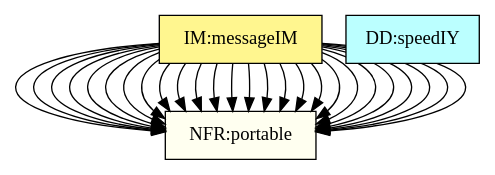
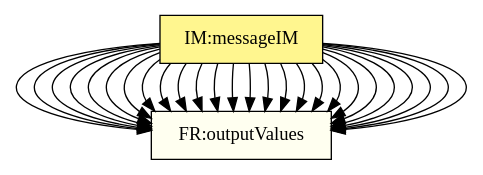
The diagram in code/stable/projectile/TraceyGraph/avsall.dot (JacquesCarette/Drasil), drawn with Graphviz before and after one commit. The commit also changed 88 other files, not shown here.

Commit message:
Stabilizing to figure out where things are going awry

```diff
--- a/code/stable/projectile/TraceyGraph/avsall.dot
+++ b/code/stable/projectile/TraceyGraph/avsall.dot
@@ -1,104 +1,80 @@
 digraph avsall {
 	theory:projSpeed -> instance:pointMass;
 	theory:projSpeed -> instance:timeStartZero;
 	theory:projPos -> instance:pointMass;
 	theory:projPos -> instance:timeStartZero;
 	theory:velocity -> instance:twoDMotion;
 	theory:velocity -> instance:cartSyst;
 	theory:velocity -> instance:constAccel;
 	theory:velocity -> instance:timeStartZero;
 	theory:position -> instance:twoDMotion;
 	theory:position -> instance:cartSyst;
 	theory:position -> instance:constAccel;
 	theory:position -> instance:timeStartZero;
 	theory:flightduration -> instance:yAxisGravity;
 	theory:flightduration -> instance:launchOrigin;
 	theory:flightduration -> instance:targetXAxis;
 	theory:flightduration -> instance:posXDirection;
 	theory:flightduration -> instance:accelYGravity;
 	theory:flightduration -> instance:timeStartZero;
 	theory:flightduration -> instance:gravAccelValue;
 	theory:landingposition -> instance:yAxisGravity;
 	theory:landingposition -> instance:launchOrigin;
 	theory:landingposition -> instance:posXDirection;
 	theory:landingposition -> instance:accelXZero;
 	theory:landingposition -> instance:gravAccelValue;
 	theory:offset -> instance:posXDirection;
 	theory:outputMessage -> instance:posXDirection;
 
 
 	instance:twoDMotion	[shape=box, color=black, style=filled, fillcolor=mistyrose, label="A:twoDMotion"];
 	instance:cartSyst	[shape=box, color=black, style=filled, fillcolor=mistyrose, label="A:cartSyst"];
 	instance:yAxisGravity	[shape=box, color=black, style=filled, fillcolor=mistyrose, label="A:yAxisGravity"];
 	instance:launchOrigin	[shape=box, color=black, style=filled, fillcolor=mistyrose, label="A:launchOrigin"];
 	instance:targetXAxis	[shape=box, color=black, style=filled, fillcolor=mistyrose, label="A:targetXAxis"];
 	instance:posXDirection	[shape=box, color=black, style=filled, fillcolor=mistyrose, label="A:posXDirection"];
 	instance:constAccel	[shape=box, color=black, style=filled, fillcolor=mistyrose, label="A:constAccel"];
 	instance:accelXZero	[shape=box, color=black, style=filled, fillcolor=mistyrose, label="A:accelXZero"];
 	instance:accelYGravity	[shape=box, color=black, style=filled, fillcolor=mistyrose, label="A:accelYGravity"];
 	instance:neglectDrag	[shape=box, color=black, style=filled, fillcolor=mistyrose, label="A:neglectDrag"];
 	instance:pointMass	[shape=box, color=black, style=filled, fillcolor=mistyrose, label="A:pointMass"];
 	instance:freeFlight	[shape=box, color=black, style=filled, fillcolor=mistyrose, label="A:freeFlight"];
 	instance:neglectCurv	[shape=box, color=black, style=filled, fillcolor=mistyrose, label="A:neglectCurv"];
 	instance:timeStartZero	[shape=box, color=black, style=filled, fillcolor=mistyrose, label="A:timeStartZero"];
 	instance:gravAccelValue	[shape=box, color=black, style=filled, fillcolor=mistyrose, label="A:gravAccelValue"];
 
 	subgraph A {
 	rank="same"
 	{instance:twoDMotion, instance:cartSyst, instance:yAxisGravity, instance:launchOrigin, instance:targetXAxis, instance:posXDirection, instance:constAccel, instance:accelXZero, instance:accelYGravity, instance:neglectDrag, instance:pointMass, instance:freeFlight, instance:neglectCurv, instance:timeStartZero, instance:gravAccelValue}
 	}
 
-	dataDefn:speed	[shape=box, color=black, style=filled, fillcolor=paleturquoise1, label="DD:vecMag"];
-	dataDefn:ixVel	[shape=box, color=black, style=filled, fillcolor=paleturquoise1, label="DD:speedIX"];
-	dataDefn:iyVel	[shape=box, color=black, style=filled, fillcolor=paleturquoise1, label="DD:speedIY"];
-
-	subgraph DD {
-	rank="same"
-	{dataDefn:speed, dataDefn:ixVel, dataDefn:iyVel}
-	}
-
 	theory:accelerationTM	[shape=box, color=black, style=filled, fillcolor=pink, label="TM:acceleration"];
 	theory:velocityTM	[shape=box, color=black, style=filled, fillcolor=pink, label="TM:velocity"];
-
-	subgraph TM {
-	rank="same"
-	{theory:accelerationTM, theory:velocityTM}
-	}
-
 	theory:projSpeed	[shape=box, color=black, style=filled, fillcolor=palegreen, label="GD:rectVel"];
 	theory:projPos	[shape=box, color=black, style=filled, fillcolor=palegreen, label="GD:rectPos"];
 	theory:velocity	[shape=box, color=black, style=filled, fillcolor=palegreen, label="GD:velVec"];
 	theory:position	[shape=box, color=black, style=filled, fillcolor=palegreen, label="GD:posVec"];
-
-	subgraph GD {
-	rank="same"
-	{theory:projSpeed, theory:projPos, theory:velocity, theory:position}
-	}
-
 	theory:flightduration	[shape=box, color=black, style=filled, fillcolor=khaki1, label="IM:calOfLandingTime"];
 	theory:landingposition	[shape=box, color=black, style=filled, fillcolor=khaki1, label="IM:calOfLandingDist"];
 	theory:offset	[shape=box, color=black, style=filled, fillcolor=khaki1, label="IM:offsetIM"];
 	theory:outputMessage	[shape=box, color=black, style=filled, fillcolor=khaki1, label="IM:messageIM"];
-
-	subgraph IM {
-	rank="same"
-	{theory:flightduration, theory:landingposition, theory:offset, theory:outputMessage}
-	}
-
-	instance:inputValues	[shape=box, color=black, style=filled, fillcolor=ivory, label="FR:inputValues"];
 	instance:verifyInVals	[shape=box, color=black, style=filled, fillcolor=ivory, label="FR:verifyInVals"];
 	instance:calcValues	[shape=box, color=black, style=filled, fillcolor=ivory, label="FR:calcValues"];
 	instance:outputValues	[shape=box, color=black, style=filled, fillcolor=ivory, label="FR:outputValues"];
 	instance:correct	[shape=box, color=black, style=filled, fillcolor=ivory, label="NFR:correct"];
 	instance:verifiable	[shape=box, color=black, style=filled, fillcolor=ivory, label="NFR:verifiable"];
 	instance:understandable	[shape=box, color=black, style=filled, fillcolor=ivory, label="NFR:understandable"];
 	instance:reusable	[shape=box, color=black, style=filled, fillcolor=ivory, label="NFR:reusable"];
 	instance:maintainable	[shape=box, color=black, style=filled, fillcolor=ivory, label="NFR:maintainable"];
 	instance:portable	[shape=box, color=black, style=filled, fillcolor=ivory, label="NFR:portable"];
+	instance:inputValues	[shape=box, color=black, style=filled, fillcolor=ivory, label="FR:inputValues"];
+	instance:verifyInVals	[shape=box, color=black, style=filled, fillcolor=ivory, label="FR:verifyInVals"];
+	instance:calcValues	[shape=box, color=black, style=filled, fillcolor=ivory, label="FR:calcValues"];
+	instance:outputValues	[shape=box, color=black, style=filled, fillcolor=ivory, label="FR:outputValues"];
 
 	subgraph FR {
 	rank="same"
-	{instance:inputValues, instance:verifyInVals, instance:calcValues, instance:outputValues, instance:correct, instance:verifiable, instance:understandable, instance:reusable, instance:maintainable, instance:portable}
+	{instance:verifyInVals, instance:calcValues, instance:outputValues, instance:correct, instance:verifiable, instance:understandable, instance:reusable, instance:maintainable, instance:portable, instance:inputValues, instance:verifyInVals, instance:calcValues, instance:outputValues}
 	}
 
 }
```
